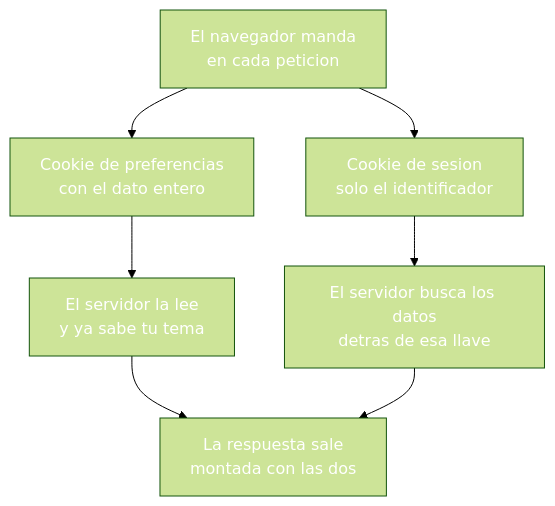
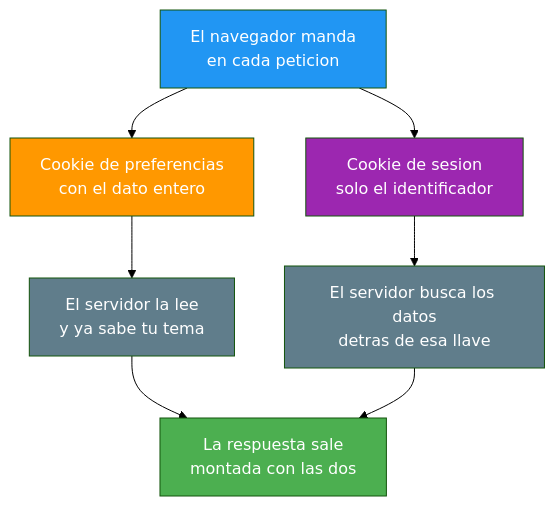
Before and after one commit to joseluisgs/DesarrolloWebEntornosServidor-03-2026-2027: the seventh of 7 diagrams in 18-cookies-sesiones-cliente.md, drawn with Mermaid (forest theme). The commit also changed other lines of this file and 25 other files, not shown here.

Commit message:
docs: corregir los estilos Mermaid de los temas y alinear el dominio del tema 25 con ProductosApp

````diff
--- a/18-cookies-sesiones-cliente.md
+++ b/18-cookies-sesiones-cliente.md
@@ -520,15 +520,15 @@
 ```mermaid
 graph TD
     N["El navegador manda<br/>en cada peticion"] --> C1["Cookie de preferencias<br/>con el dato entero"]
     N --> C2["Cookie de sesion<br/>solo el identificador"]
     C1 --> L1["El servidor la lee<br/>y ya sabe tu tema"]
     C2 --> L2["El servidor busca los datos<br/>detras de esa llave"]
     L1 --> R["La respuesta sale<br/>montada con las dos"]
     L2 --> R
-    style N fill:#2196F,color:#fff3,color:#fff
-    style C1 fill:#FF980,color:#fff0,color:#fff
-    style C2 fill:#9C27B,color:#fff0,color:#fff
-    style L1 fill:#607D8,color:#fffB,color:#fff
-    style L2 fill:#607D8,color:#fffB,color:#fff
-    style R fill:#4CAF5,color:#fff0,color:#fff
+    style N fill:#2196F3,color:#fff
+    style C1 fill:#FF9800,color:#fff
+    style C2 fill:#9C27B0,color:#fff
+    style L1 fill:#607D8B,color:#fff
+    style L2 fill:#607D8B,color:#fff
+    style R fill:#4CAF50,color:#fff
 ```
````
